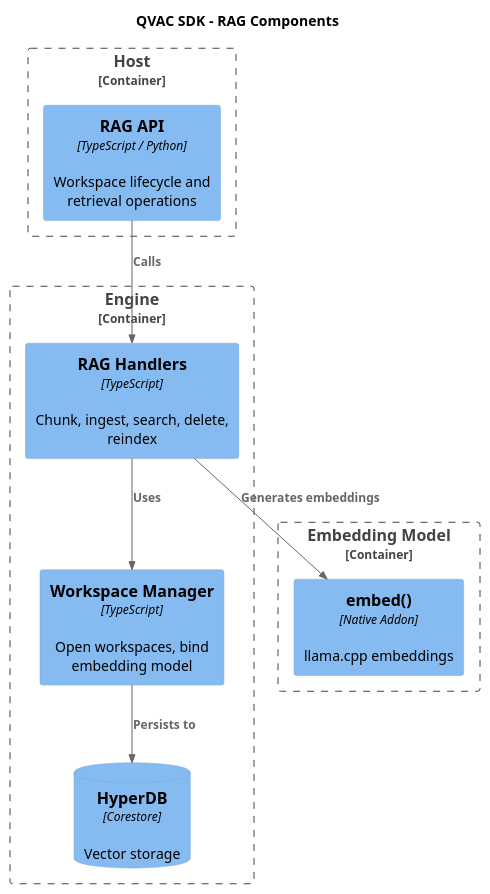
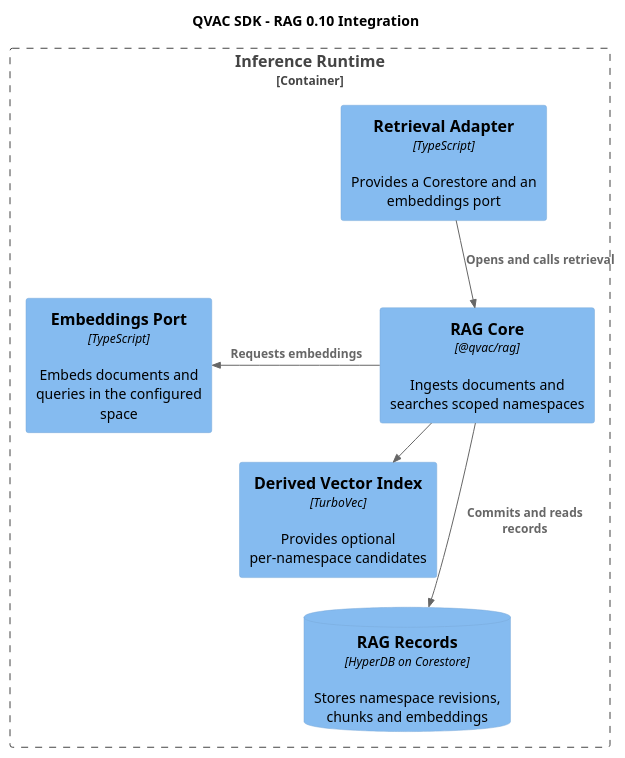
Before and after one commit to tetherto/qvac: the diagram in docs/architecture/puml/10-rag-components.puml, drawn with PlantUML. The commit also changed 18 other files, not shown here.

Commit message:
doc[notask]: refresh SDK architecture for bare-stow

```diff
--- a/docs/architecture/puml/10-rag-components.puml
+++ b/docs/architecture/puml/10-rag-components.puml
@@ -1,26 +1,21 @@
 @startuml
 !include <C4/C4_Component>
 HIDE_STEREOTYPE()
 
-title QVAC SDK - RAG Components
+title QVAC SDK - RAG 0.10 Integration
 
-Container_Boundary(host, "Host") {
-    Component(rag_api, "RAG API", "TypeScript / Python", "Workspace lifecycle and retrieval operations")
+Container_Boundary(engine, "Inference Runtime") {
+    Component(adapter, "Retrieval Adapter", "TypeScript", "Provides a Corestore and an embeddings port")
+    Component(embeddings, "Embeddings Port", "TypeScript", "Embeds documents and queries in the configured space")
+    Component(rag, "RAG Core", "@qvac/rag", "Ingests documents and searches scoped namespaces")
+    Component(index, "Derived Vector Index", "TurboVec", "Provides optional per-namespace candidates")
+    ComponentDb(hyperdb, "RAG Records", "HyperDB on Corestore", "Stores namespace revisions, chunks and embeddings")
 }
 
-Container_Boundary(engine, "Engine") {
-    Component(handlers, "RAG Handlers", "TypeScript", "Chunk, ingest, search, delete, reindex")
-    Component(ws_mgr, "Workspace Manager", "TypeScript", "Open workspaces, bind embedding model")
-    ComponentDb(hyperdb, "HyperDB", "Corestore", "Vector storage")
-}
+Rel_D(adapter, rag, "Opens and calls retrieval")
+Rel_L(rag, embeddings, "Requests embeddings")
+Rel_D(rag, hyperdb, "Commits and reads records")
+Rel_R(rag, index, "Refreshes and searches candidate index")
 
-Container_Boundary(embed_model, "Embedding Model") {
-    Component(embed, "embed()", "Native Addon", "llama.cpp embeddings")
-}
-
-Rel(rag_api, handlers, "Calls")
-Rel(handlers, ws_mgr, "Uses")
-Rel(ws_mgr, hyperdb, "Persists to")
-Rel(handlers, embed, "Generates embeddings")
-
+Lay_L(hyperdb, index)
 @enduml
```
